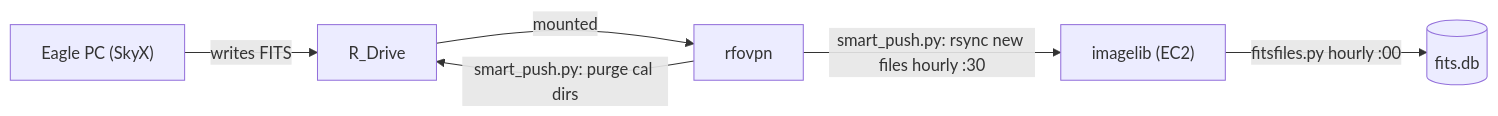
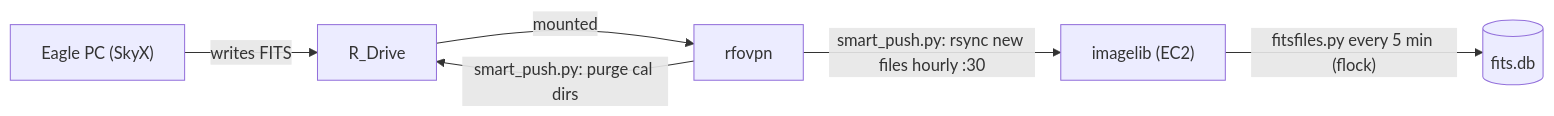
Before and after one commit to vmoa/imagelib: the second of 2 diagrams in doc/imagelib_flow.md, drawn with Mermaid. The commit also changed other lines of this file and 2 other files, not shown here.

````diff
--- a/doc/imagelib_flow.md
+++ b/doc/imagelib_flow.md
@@ -25,8 +25,8 @@
 ```mermaid
 flowchart LR
     PC["Eagle PC (SkyX)"] -- "writes FITS" --> RD["R_Drive"]
     RD -- "mounted" --> RFOVPN["rfovpn"]
     RFOVPN -- "smart_push.py: purge cal dirs" --> RD
     RFOVPN -- "smart_push.py: rsync new files hourly :30" --> IMG["imagelib (EC2)"]
-    IMG -- "fitsfiles.py hourly :00" --> DB[("fits.db")]
+    IMG -- "fitsfiles.py every 5 min (flock)" --> DB[("fits.db")]
 ```
````
